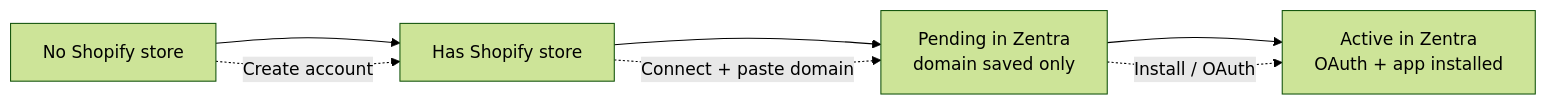
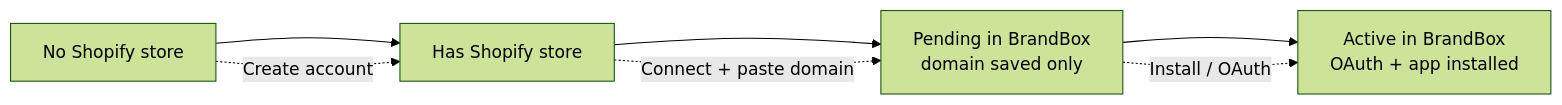
Before and after one commit to sanjaypaul-777/Zentra-WebApp: the second of 6 diagrams in README.md, drawn with Mermaid (forest theme). The commit also changed other lines of this file and 58 other files, not shown here.

First line of the commit message:
Rename brand from Zentra to BrandBox across UI, CSS/JS, API, and DB.

````diff
--- a/README.md
+++ b/README.md
@@ -184,10 +184,10 @@
 ```mermaid
 flowchart LR
   A[No Shopify store] --> B[Has Shopify store]
-  B --> C[Pending in Zentra<br/>domain saved only]
-  C --> D[Active in Zentra<br/>OAuth + app installed]
+  B --> C[Pending in BrandBox<br/>domain saved only]
+  C --> D[Active in BrandBox<br/>OAuth + app installed]
 
   A -.->|Create account| B
   B -.->|Connect + paste domain| C
   C -.->|Install / OAuth| D
 ```
````
